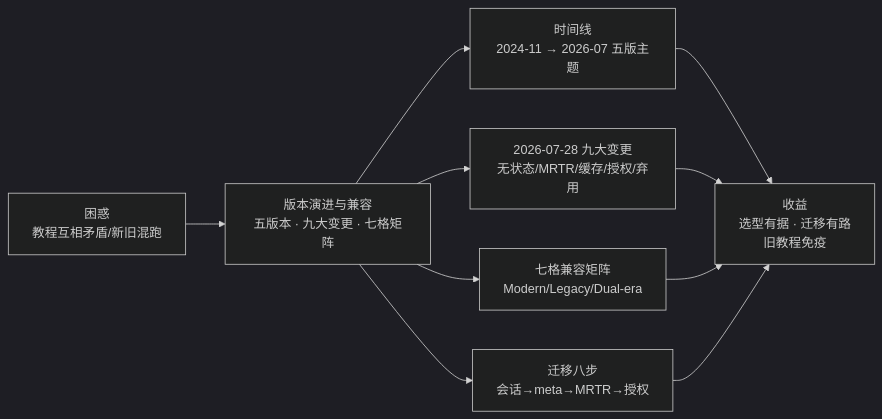
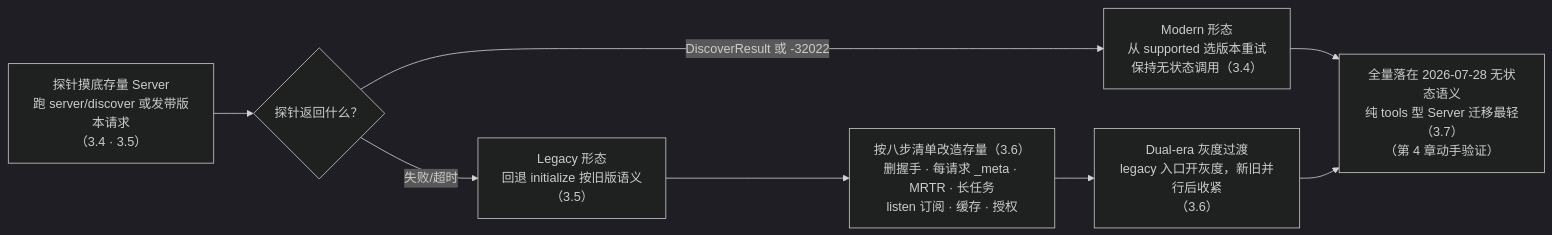
One commit to ybak/ai-tutorial changed the first of 2 diagrams in books/mcp/chapters/03-spec-versions.md. Above: the diagram before and after it, drawn with Mermaid (dark theme). The commit also changed other lines of this file and 8 other files, not shown here.

First line of the commit message:
docs(mcp): 章首图升级为操作流程图——写作指南双图式规范落地

````diff
--- a/books/mcp/chapters/03-spec-versions.md
+++ b/books/mcp/chapters/03-spec-versions.md
@@ -11,12 +11,10 @@
 ```mermaid
 flowchart LR
-    A["困惑<br/>教程互相矛盾/新旧混跑"] --> B["版本演进与兼容<br/>五版本 · 九大变更 · 七格矩阵"]
-    B --> C["时间线<br/>2024-11 → 2026-07 五版主题"]
-    B --> D["2026-07-28 九大变更<br/>无状态/MRTR/缓存/授权/弃用"]
-    B --> E["七格兼容矩阵<br/>Modern/Legacy/Dual-era"]
-    B --> F["迁移八步<br/>会话→meta→MRTR→授权"]
-    C --> G["收益<br/>选型有据 · 迁移有路<br/>旧教程免疫"]
-    D --> G
-    E --> G
+    A["探针摸底存量 Server<br/>跑 server/discover 或发带版本请求<br/>（3.4 · 3.5）"] --> B{"探针返回什么？"}
+    B -->|"DiscoverResult 或 -32022"| C["Modern 形态<br/>从 supported 选版本重试<br/>保持无状态调用（3.4）"]
+    B -->|"失败/超时"| D["Legacy 形态<br/>回退 initialize 按旧版语义<br/>（3.5）"]
+    D --> E["按八步清单改造存量（3.6）<br/>删握手 · 每请求 _meta · MRTR · 长任务<br/>listen 订阅 · 缓存 · 授权"]
+    E --> F["Dual-era 灰度过渡<br/>legacy 入口开灰度，新旧并行后收紧<br/>（3.6）"]
+    C --> G["全量落在 2026-07-28 无状态语义<br/>纯 tools 型 Server 迁移最轻（3.7）<br/>（第 4 章动手验证）"]
     F --> G
 ```
````
